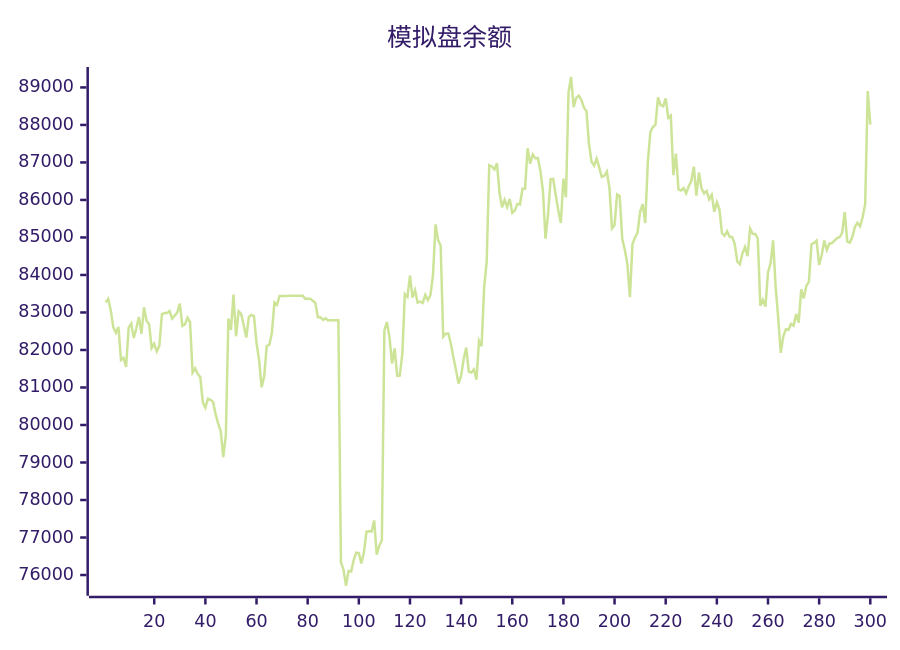
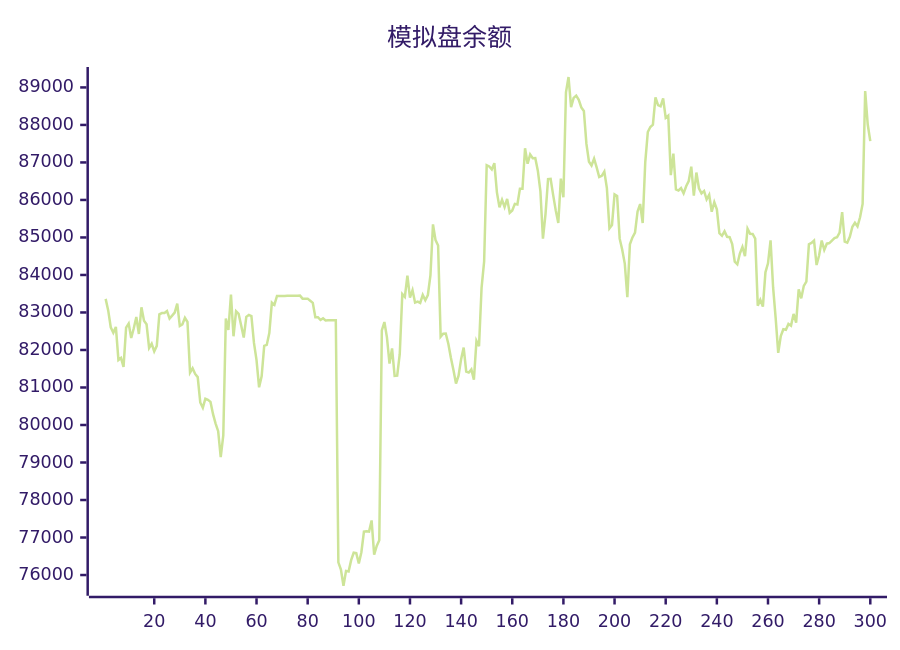
One commit to aahl/ai-trading changed the diagram in README.md. Above: the diagram before and after it, drawn with Mermaid (forest theme). The commit also changed other lines of this file and 1 other file, not shown here.

````diff
--- a/README.md
+++ b/README.md
@@ -5,5 +5,5 @@
 ```mermaid
 xychart
     title "模拟盘余额"
-    line [83270,83362,83056,82605,82459,82614,81734,81788,81551,82598,82702,82320,82580,82878,82426,83139,82778,82686,82056,82166,81963,82110,82951,82983,82984,83038,82838,82915,82998,83235,82642,82682,82858,82746,81396,81512,81362,81277,80600,80461,80699,80673,80616,80288,80038,79836,79142,79722,82837,82533,83480,82366,83032,82960,82654,82330,82883,82934,82901,82188,81728,81005,81298,82110,82135,82449,83264,83203,83440,83439,83440,83440,83446,83447,83448,83447,83448,83449,83369,83369,83369,83313,83256,82872,82873,82801,82844,82785,82791,82791,82793,82794,76339,76145,75714,76110,76096,76397,76594,76585,76310,76607,77160,77170,77160,77456,76541,76774,76927,82520,82744,82337,81639,82040,81307,81314,81887,83490,83414,83984,83396,83594,83261,83287,83253,83470,83327,83465,83987,85348,84930,84786,82355,82433,82438,82167,81795,81466,81105,81315,81756,82064,81426,81398,81481,81210,82242,82099,83658,84359,86925,86892,86814,86980,86203,85802,86003,85811,86028,85657,85721,85896,85880,86300,86299,87378,86965,87214,87115,87118,86780,86238,84966,85623,86555,86562,86129,85722,85387,86569,86070,88870,89278,88477,88720,88781,88668,88467,88372,87493,87018,86917,87102,86870,86613,86644,86758,86317,85242,85334,86149,86106,84968,84671,84302,83410,84816,85001,85127,85693,85891,85384,87001,87811,87945,88007,88734,88528,88495,88705,88189,88248,86662,87234,86279,86251,86314,86177,86364,86503,86886,86114,86731,86310,86176,86240,86017,86136,85685,85938,85749,85111,85044,85164,85016,85008,84824,84354,84287,84572,84745,84500,85234,85096,85095,84970,83180,83338,83157,84070,84309,84922,83667,82850,81924,82369,82552,82539,82695,82648,82962,82728,83619,83378,83710,83825,84819,84854,84917,84265,84527,84919,84668,84834,84850,84916,84981,85004,85131,85674,84891,84864,85019,85284,85393,85294,85538,85894,88904,88012]
+    line [83362,83056,82605,82459,82614,81734,81788,81551,82598,82702,82320,82580,82878,82426,83139,82778,82686,82056,82166,81963,82110,82951,82983,82984,83038,82838,82915,82998,83235,82642,82682,82858,82746,81396,81512,81362,81277,80600,80461,80699,80673,80616,80288,80038,79836,79142,79722,82837,82533,83480,82366,83032,82960,82654,82330,82883,82934,82901,82188,81728,81005,81298,82110,82135,82449,83264,83203,83440,83439,83440,83440,83446,83447,83448,83447,83448,83449,83369,83369,83369,83313,83256,82872,82873,82801,82844,82785,82791,82791,82793,82794,76339,76145,75714,76110,76096,76397,76594,76585,76310,76607,77160,77170,77160,77456,76541,76774,76927,82520,82744,82337,81639,82040,81307,81314,81887,83490,83414,83984,83396,83594,83261,83287,83253,83470,83327,83465,83987,85348,84930,84786,82355,82433,82438,82167,81795,81466,81105,81315,81756,82064,81426,81398,81481,81210,82242,82099,83658,84359,86925,86892,86814,86980,86203,85802,86003,85811,86028,85657,85721,85896,85880,86300,86299,87378,86965,87214,87115,87118,86780,86238,84966,85623,86555,86562,86129,85722,85387,86569,86070,88870,89278,88477,88720,88781,88668,88467,88372,87493,87018,86917,87102,86870,86613,86644,86758,86317,85242,85334,86149,86106,84968,84671,84302,83410,84816,85001,85127,85693,85891,85384,87001,87811,87945,88007,88734,88528,88495,88705,88189,88248,86662,87234,86279,86251,86314,86177,86364,86503,86886,86114,86731,86310,86176,86240,86017,86136,85685,85938,85749,85111,85044,85164,85016,85008,84824,84354,84287,84572,84745,84500,85234,85096,85095,84970,83180,83338,83157,84070,84309,84922,83667,82850,81924,82369,82552,82539,82695,82648,82962,82728,83619,83378,83710,83825,84819,84854,84917,84265,84527,84919,84668,84834,84850,84916,84981,85004,85131,85674,84891,84864,85019,85284,85393,85294,85538,85894,88904,88012,87567]
 ```
````
